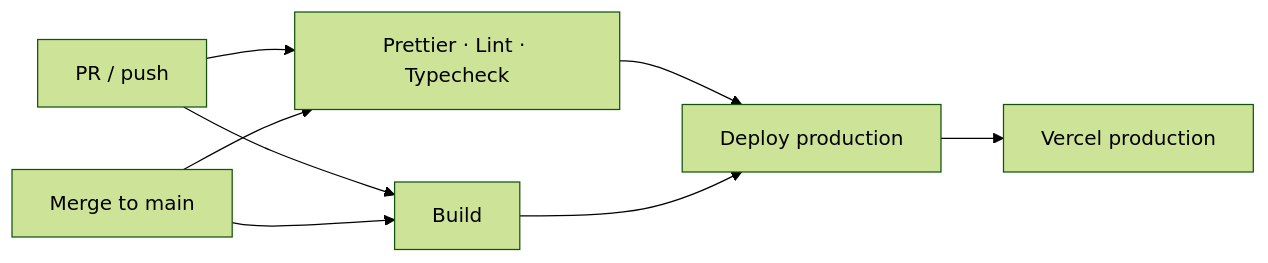
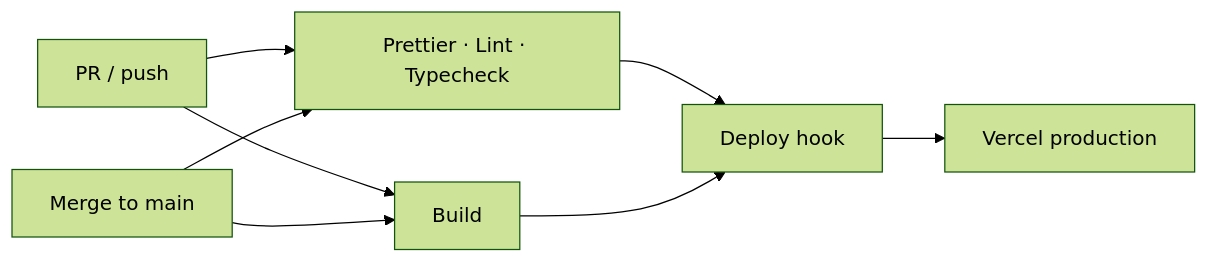
The sixth of 6 diagrams in README.md (Lancerhawk/Hearth), drawn with Mermaid (forest theme) before and after one commit. The commit also changed other lines of this file, not shown here.

First line of the commit message:
docs: document Vercel Deploy Hook CI setup

````diff
--- a/README.md
+++ b/README.md
@@ -203,10 +205,10 @@
 ```mermaid
 flowchart LR
   PR[PR / push] --> Q[Prettier · Lint · Typecheck]
   PR --> B[Build]
   Main[Merge to main] --> Q
   Main --> B
-  Q --> D[Deploy production]
+  Q --> D[Deploy hook]
   B --> D
   D --> Prod[Vercel production]
 ```
````
